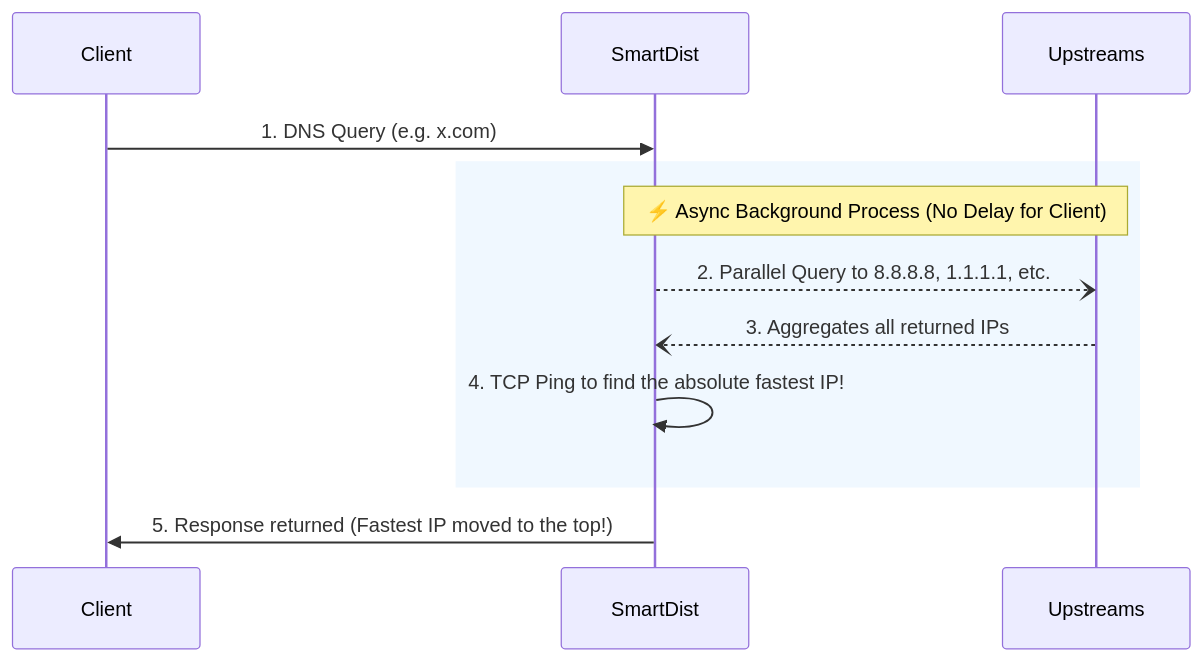
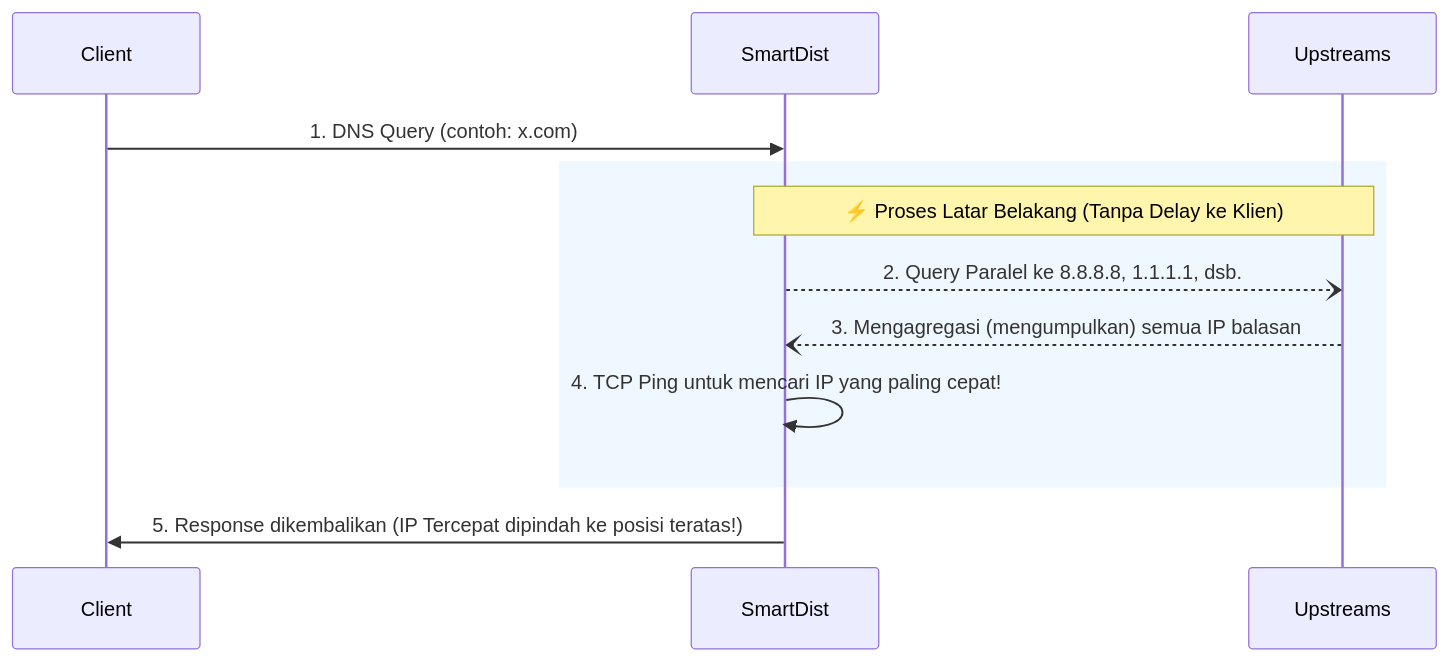
Before and after one commit to arcelo12/smartdist: the diagram in README.md, drawn with Mermaid. The commit also changed other lines of this file and 3 other files, not shown here.

````diff
--- a/README.md
+++ b/README.md
@@ -37,17 +37,17 @@
 ```mermaid
 sequenceDiagram
     participant Client
     participant SmartDist
     participant Upstreams
 
-    Client->>SmartDist: 1. DNS Query (e.g. x.com)
+    Client->>SmartDist: 1. DNS Query (contoh: x.com)
     
     rect rgb(240, 248, 255)
-    Note over SmartDist,Upstreams: ⚡ Async Background Process (No Delay for Client)
-    SmartDist--)Upstreams: 2. Parallel Query to 8.8.8.8, 1.1.1.1, etc.
-    Upstreams--)SmartDist: 3. Aggregates all returned IPs
-    SmartDist->>SmartDist: 4. TCP Ping to find the absolute fastest IP!
+    Note over SmartDist,Upstreams: ⚡ Proses Latar Belakang (Tanpa Delay ke Klien)
+    SmartDist--)Upstreams: 2. Query Paralel ke 8.8.8.8, 1.1.1.1, dsb.
+    Upstreams--)SmartDist: 3. Mengagregasi (mengumpulkan) semua IP balasan
+    SmartDist->>SmartDist: 4. TCP Ping untuk mencari IP yang paling cepat!
     end
 
-    SmartDist->>Client: 5. Response returned (Fastest IP moved to the top!)
+    SmartDist->>Client: 5. Response dikembalikan (IP Tercepat dipindah ke posisi teratas!)
 ```
````
